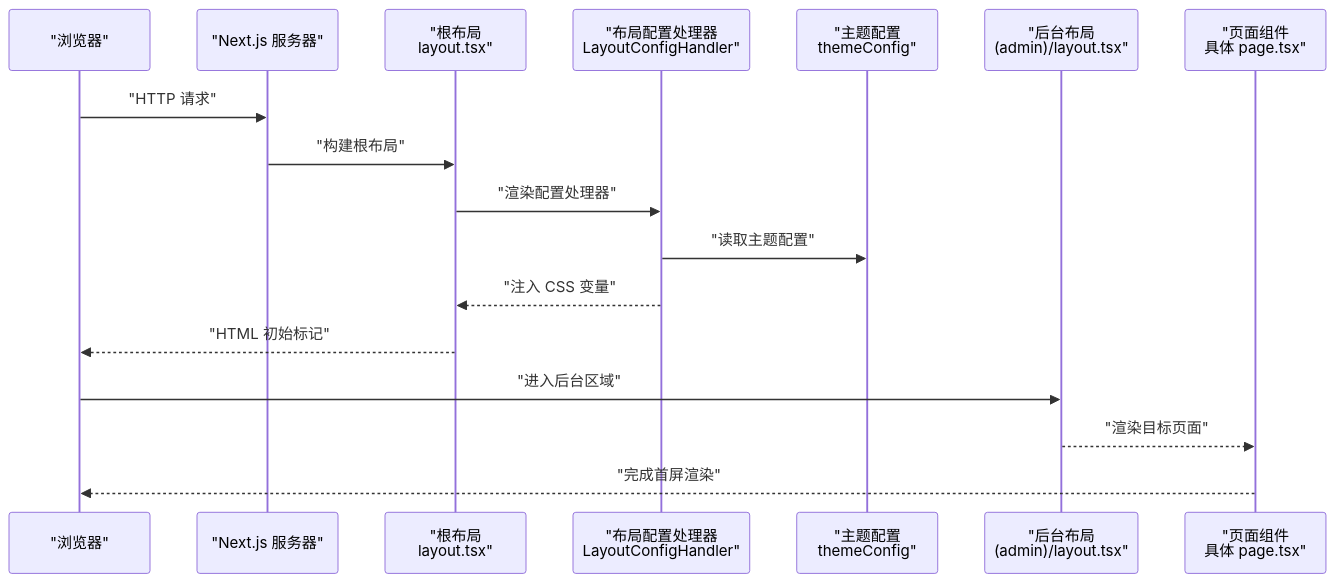
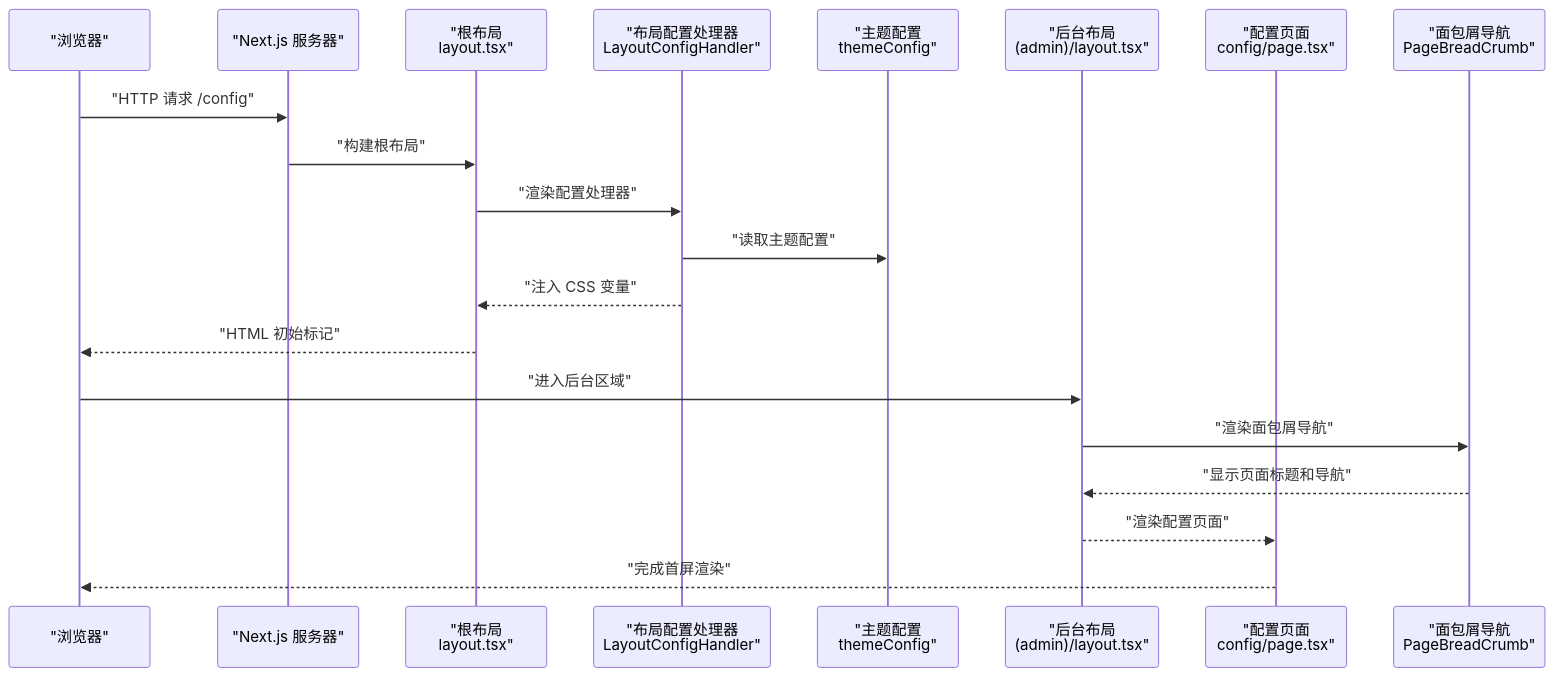
The second of 7 diagrams in .qoder/repowiki/zh/content/架构设计/路由架构.md (HAOFUYANG/nextjs-admin), drawn with Mermaid before and after one commit. The commit also changed other lines of this file and 4 other files, not shown here.

````diff
--- a/.qoder/repowiki/zh/content/架构设计/路由架构.md
+++ b/.qoder/repowiki/zh/content/架构设计/路由架构.md
@@ -99,19 +125,22 @@
 ```mermaid
 sequenceDiagram
 participant Browser as "浏览器"
 participant NextServer as "Next.js 服务器"
 participant RootLayout as "根布局<br/>layout.tsx"
 participant CfgHandler as "布局配置处理器<br/>LayoutConfigHandler"
 participant ThemeCfg as "主题配置<br/>themeConfig"
 participant AdminLayout as "后台布局<br/>(admin)/layout.tsx"
-participant Page as "页面组件<br/>具体 page.tsx"
-Browser->>NextServer : "HTTP 请求"
+participant ConfigPage as "配置页面<br/>config/page.tsx"
+participant Breadcrumb as "面包屑导航<br/>PageBreadCrumb"
+Browser->>NextServer : "HTTP 请求 /config"
 NextServer->>RootLayout : "构建根布局"
 RootLayout->>CfgHandler : "渲染配置处理器"
 CfgHandler->>ThemeCfg : "读取主题配置"
 CfgHandler-->>RootLayout : "注入 CSS 变量"
 RootLayout-->>Browser : "HTML 初始标记"
 Browser->>AdminLayout : "进入后台区域"
-AdminLayout-->>Page : "渲染目标页面"
-Page-->>Browser : "完成首屏渲染"
+AdminLayout->>Breadcrumb : "渲染面包屑导航"
+Breadcrumb-->>AdminLayout : "显示页面标题和导航"
+AdminLayout-->>ConfigPage : "渲染配置页面"
+ConfigPage-->>Browser : "完成首屏渲染"
 ```
````
